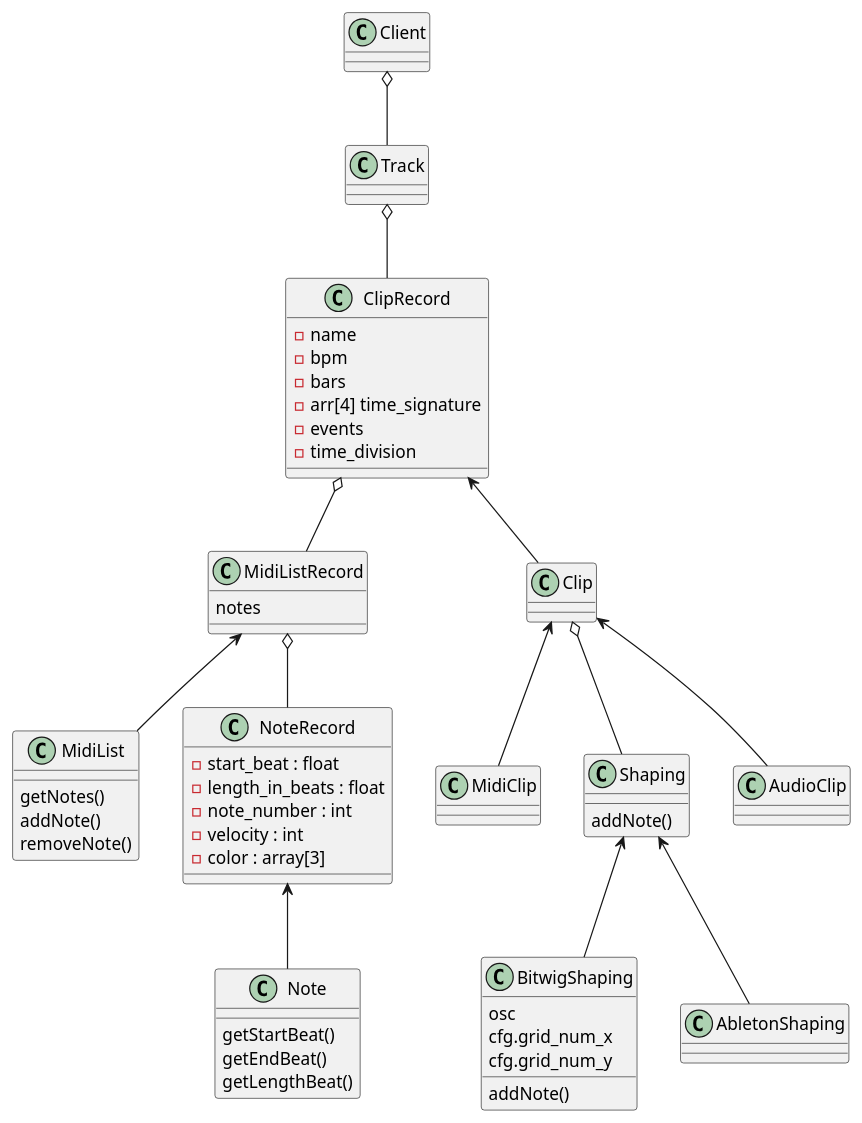
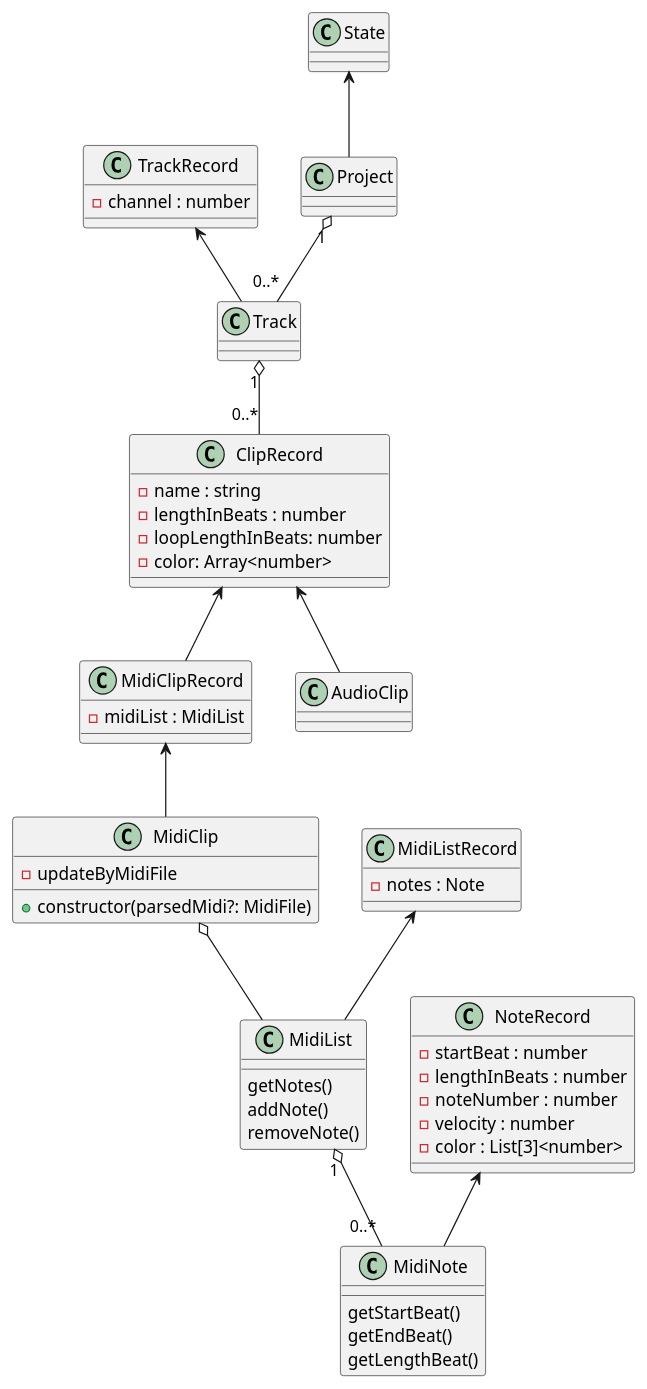
One commit to yoshihiroxx/BitwigTinyPianoroll changed the diagram in docs/classes/model/clip.pu. Above: the diagram before and after it, drawn with PlantUML. The commit also changed 14 other files, not shown here.

```diff
--- a/docs/classes/model/clip.pu
+++ b/docs/classes/model/clip.pu
@@ -1,76 +1,70 @@
 @startuml
 
 
+class TrackRecord {
+    - channel : number
+}
+
 class Track {
-
 }
 
 class MidiListRecord {
-    notes
+    - notes : Note
 }
 
 class MidiList {
     getNotes()
     addNote()
     removeNote()
 }
 
+
 class ClipRecord {
-    - name
-    - bpm
-    - bars
-    - arr[4] time_signature
-    - events
-    - time_division
+    - name : string
+    - lengthInBeats : number
+    - loopLengthInBeats: number
+    - color: Array<number>
 }
 
-class Clip {
+
+class MidiClipRecord {
+    - midiList : MidiList
 }
 
+
 class MidiClip {
-
+    + constructor(parsedMidi?: MidiFile)
+    - updateByMidiFile
 }
 
 class NoteRecord {
-    - start_beat : float
-    - length_in_beats : float
-    - note_number : int
-    - velocity : int
-    - color : array[3] 
+    - startBeat : number
+    - lengthInBeats : number
+    - noteNumber : number
+    - velocity : number
+    - color : List[3]<number> 
 }
 
-class Note {
+class MidiNote {
     getStartBeat()
     getEndBeat()
     getLengthBeat()
 }
 
-class Shaping {
-    addNote()
-}
-
-class BitwigShaping {
-    osc
-    cfg.grid_num_x
-    cfg.grid_num_y
-    addNote()
-}
+State <-- Project
+Project "1" o-- "0..*" Track
+TrackRecord <-- Track
+Track "1" o-- "0..*" ClipRecord
 
 
+ClipRecord <-- MidiClipRecord
+MidiClipRecord <-- MidiClip
+ClipRecord <-- AudioClip
 
-Shaping <-- AbletonShaping
-Shaping <-- BitwigShaping
-ClipRecord <-- Clip
-Clip o-- Shaping
-Client o-- Track
-Clip <-- MidiClip
-Clip <-- AudioClip
-Track o-- ClipRecord
+MidiList "1" o-- "0..*" MidiNote
+NoteRecord <-- MidiNote
 
-MidiListRecord o-- NoteRecord
-NoteRecord <-- Note
-
-ClipRecord o-- MidiListRecord
+MidiClip o-- MidiList
 MidiListRecord <-- MidiList
 
 @enduml
```
